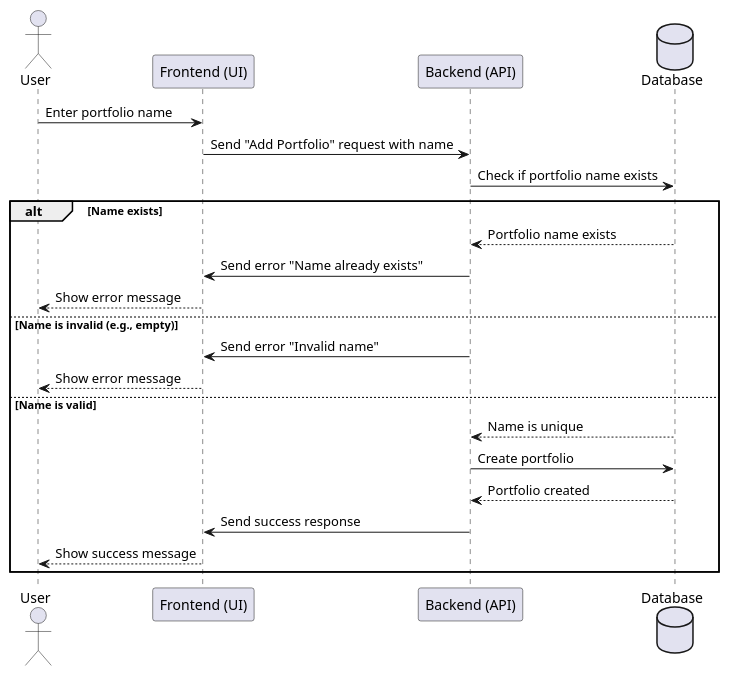
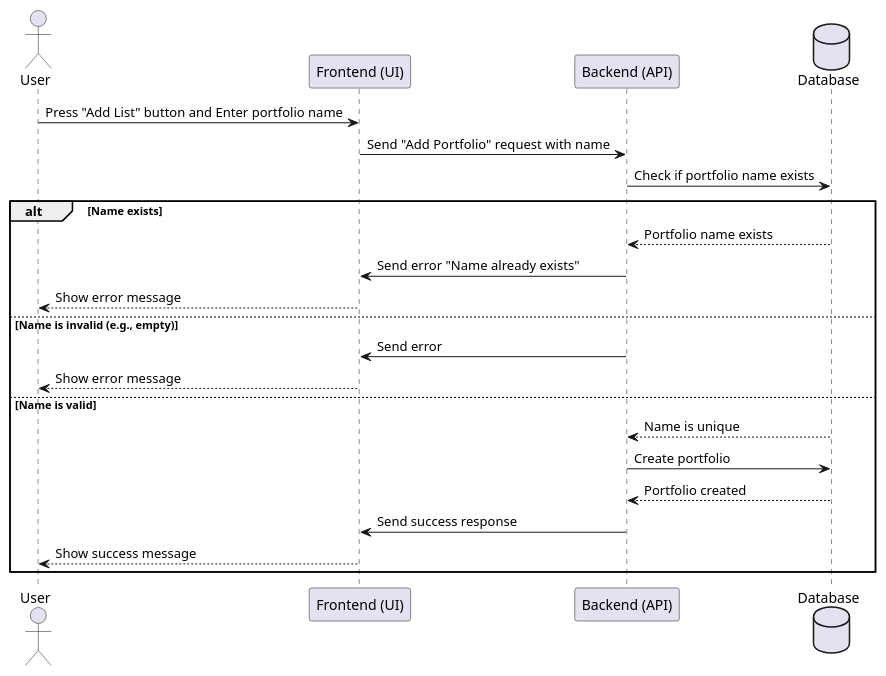
The diagram in oop course/draws/sequence diagrams/addPortfolio.puml (roei910/my-stocks), drawn with PlantUML before and after one commit. The commit also changed 10 other files, not shown here.

```diff
--- a/oop course/draws/sequence diagrams/addPortfolio.puml
+++ b/oop course/draws/sequence diagrams/addPortfolio.puml
@@ -1,24 +1,24 @@
 @startuml
 actor User
 participant "Frontend (UI)" as UI
 participant "Backend (API)" as API
 database Database
 
-User -> UI: Enter portfolio name
+User -> UI: Press "Add List" button and Enter portfolio name
 UI -> API: Send "Add Portfolio" request with name
 API -> Database: Check if portfolio name exists
 alt Name exists
     Database --> API: Portfolio name exists
     API -> UI: Send error "Name already exists"
     UI --> User: Show error message
 else Name is invalid (e.g., empty)
-    API -> UI: Send error "Invalid name"
+    API -> UI: Send error
     UI --> User: Show error message
 else Name is valid
     Database --> API: Name is unique
     API -> Database: Create portfolio
     Database --> API: Portfolio created
     API -> UI: Send success response
     UI --> User: Show success message
 end
 @enduml
```
